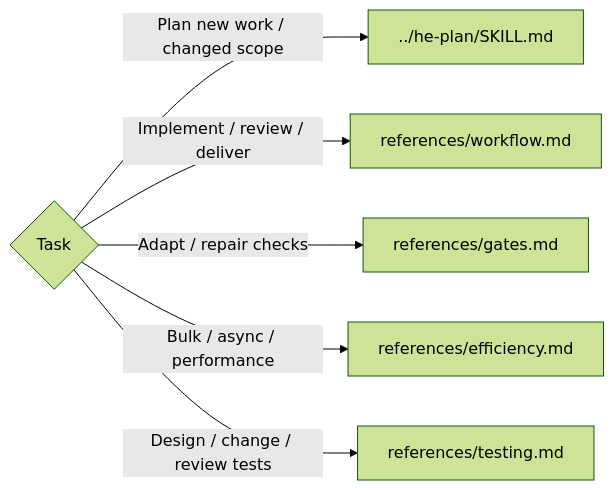
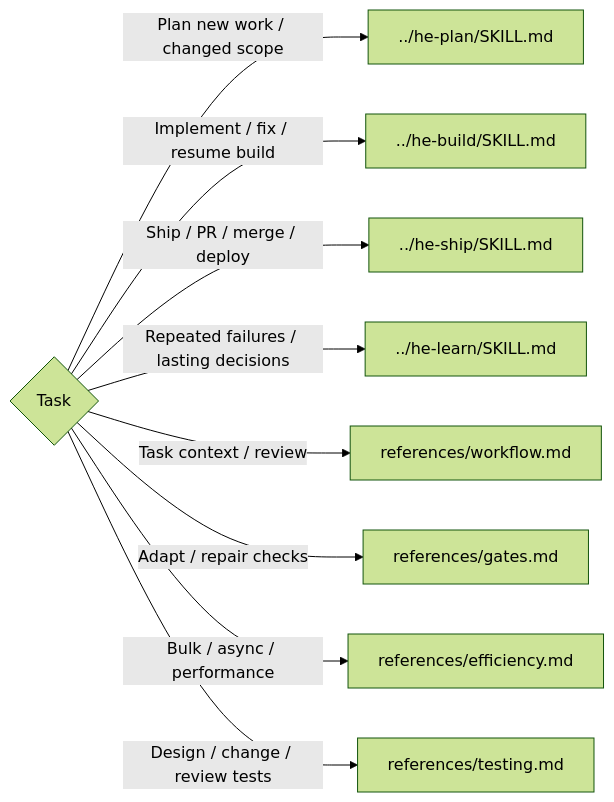
The diagram in .agents/skills/he/SKILL.md (sgaabdu4/hard-eng), drawn with Mermaid (forest theme) before and after one commit. The commit also changed 39 other files, not shown here.

````diff
--- a/.agents/skills/he/SKILL.md
+++ b/.agents/skills/he/SKILL.md
@@ -10,13 +10,19 @@
 ```mermaid
 flowchart LR
   T{Task} -->|Plan new work / changed scope| P[../he-plan/SKILL.md]
-  T -->|Implement / review / deliver| W[references/workflow.md]
+  T -->|Implement / fix / resume build| B[../he-build/SKILL.md]
+  T -->|Ship / PR / merge / deploy| S[../he-ship/SKILL.md]
+  T -->|Repeated failures / lasting decisions| L[../he-learn/SKILL.md]
+  T -->|Task context / review| W[references/workflow.md]
   T -->|Adapt / repair checks| G[references/gates.md]
   T -->|Bulk / async / performance| E[references/efficiency.md]
   T -->|Design / change / review tests| Q[references/testing.md]
   click W "references/workflow.md"
   click P "../he-plan/SKILL.md"
+  click B "../he-build/SKILL.md"
+  click S "../he-ship/SKILL.md"
+  click L "../he-learn/SKILL.md"
   click G "references/gates.md"
   click E "references/efficiency.md"
   click Q "references/testing.md"
 ```
````
